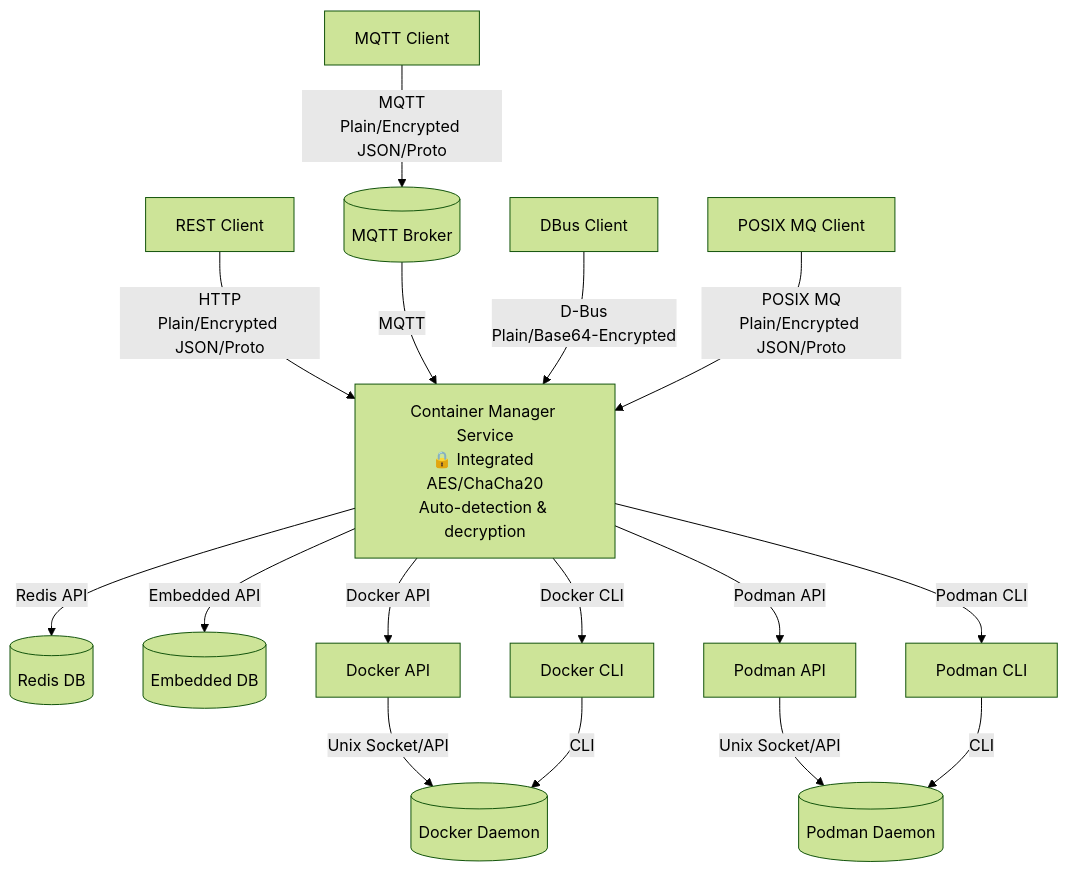
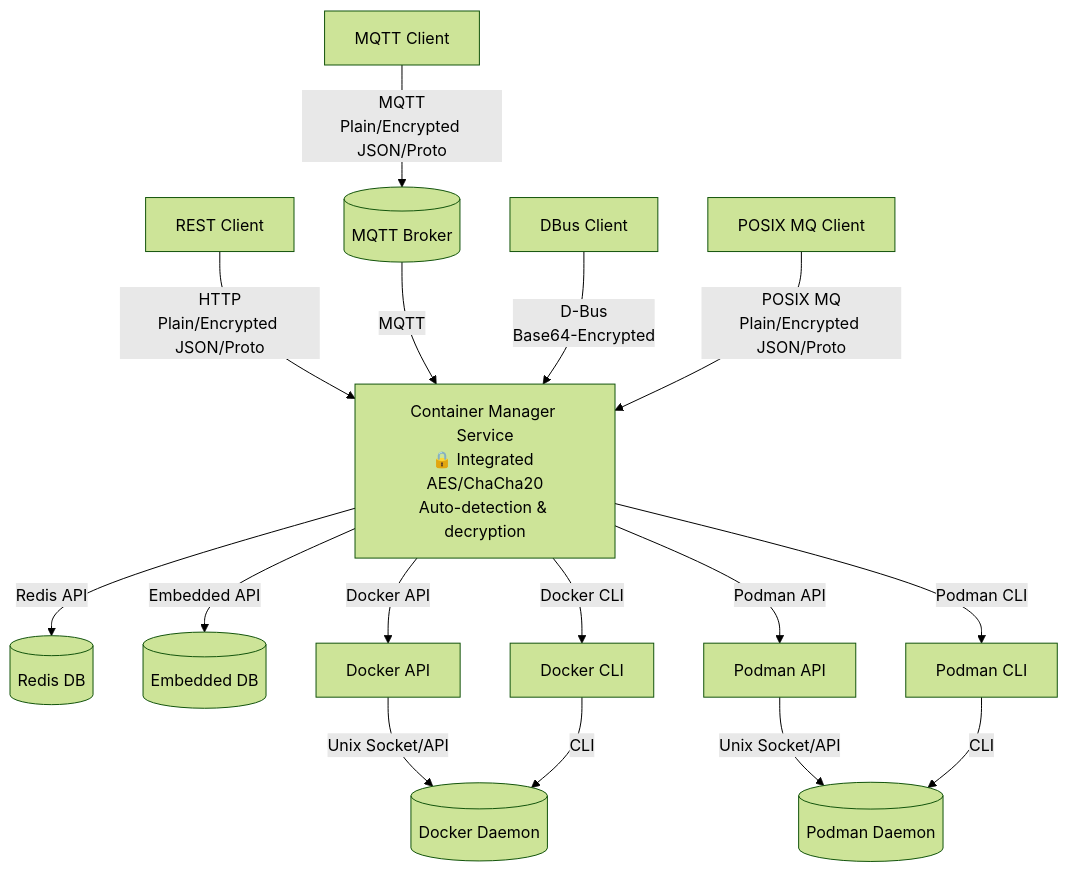
The sixth of 6 diagrams in docs/architecture/architecture_diagram.md (Komal-kalyanraman/container_manager), drawn with Mermaid (forest theme) before and after one commit. The commit also changed other lines of this file and 20 other files, not shown here.

````diff
--- a/docs/architecture/architecture_diagram.md
+++ b/docs/architecture/architecture_diagram.md
@@ -207,47 +207,47 @@
 ```mermaid
 graph TD
     %% Clients and Brokers
     Client1[REST Client]
     Client2[MQTT Client]
     Client3[DBus Client]
     Client4[POSIX MQ Client]
     MQTTB[(MQTT Broker)]
 
     %% Main Service with Integrated Security
     CM[Container Manager Service<br/>🔒 Integrated AES/ChaCha20<br/>Auto-detection & decryption]
 
     %% Databases
     Redis[(Redis DB)]
     Embedded[(Embedded DB)]
 
     %% Docker/Podman Daemons and APIs
     Docker[(Docker Daemon)]
     Podman[(Podman Daemon)]
     DockerAPI[Docker API]
     DockerCLI[Docker CLI]
     PodmanAPI[Podman API]
     PodmanCLI[Podman CLI]
 
     %% Client to Service (protocols handle both plain and encrypted)
     Client1 -->|HTTP<br/>Plain/Encrypted JSON/Proto| CM
     Client2 -->|MQTT<br/>Plain/Encrypted JSON/Proto| MQTTB
     MQTTB -->|MQTT| CM
-    Client3 -->|D-Bus<br/>Plain/Base64-Encrypted| CM
+    Client3 -->|D-Bus<br/>Base64-Encrypted| CM
     Client4 -->|POSIX MQ<br/>Plain/Encrypted JSON/Proto| CM
 
     %% Database connections
     CM -->|Redis API| Redis
     CM -->|Embedded API| Embedded
 
     %% Docker connections
     CM -->|Docker API| DockerAPI
     CM -->|Docker CLI| DockerCLI
     DockerAPI -->|Unix Socket/API| Docker
     DockerCLI -->|CLI| Docker
 
     %% Podman connections
     CM -->|Podman API| PodmanAPI
     CM -->|Podman CLI| PodmanCLI
     PodmanAPI -->|Unix Socket/API| Podman
     PodmanCLI -->|CLI| Podman
 ```
````
